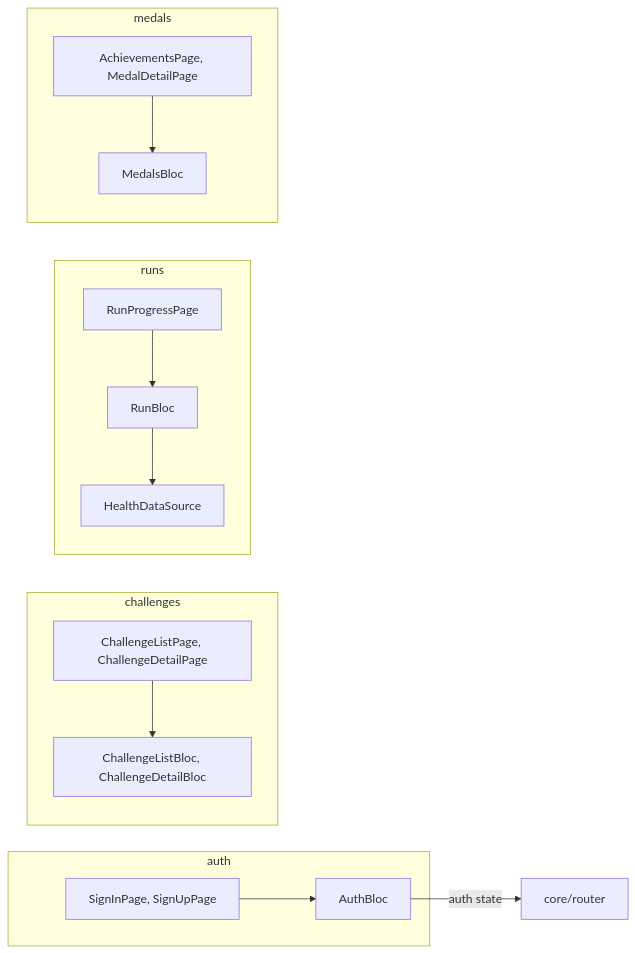
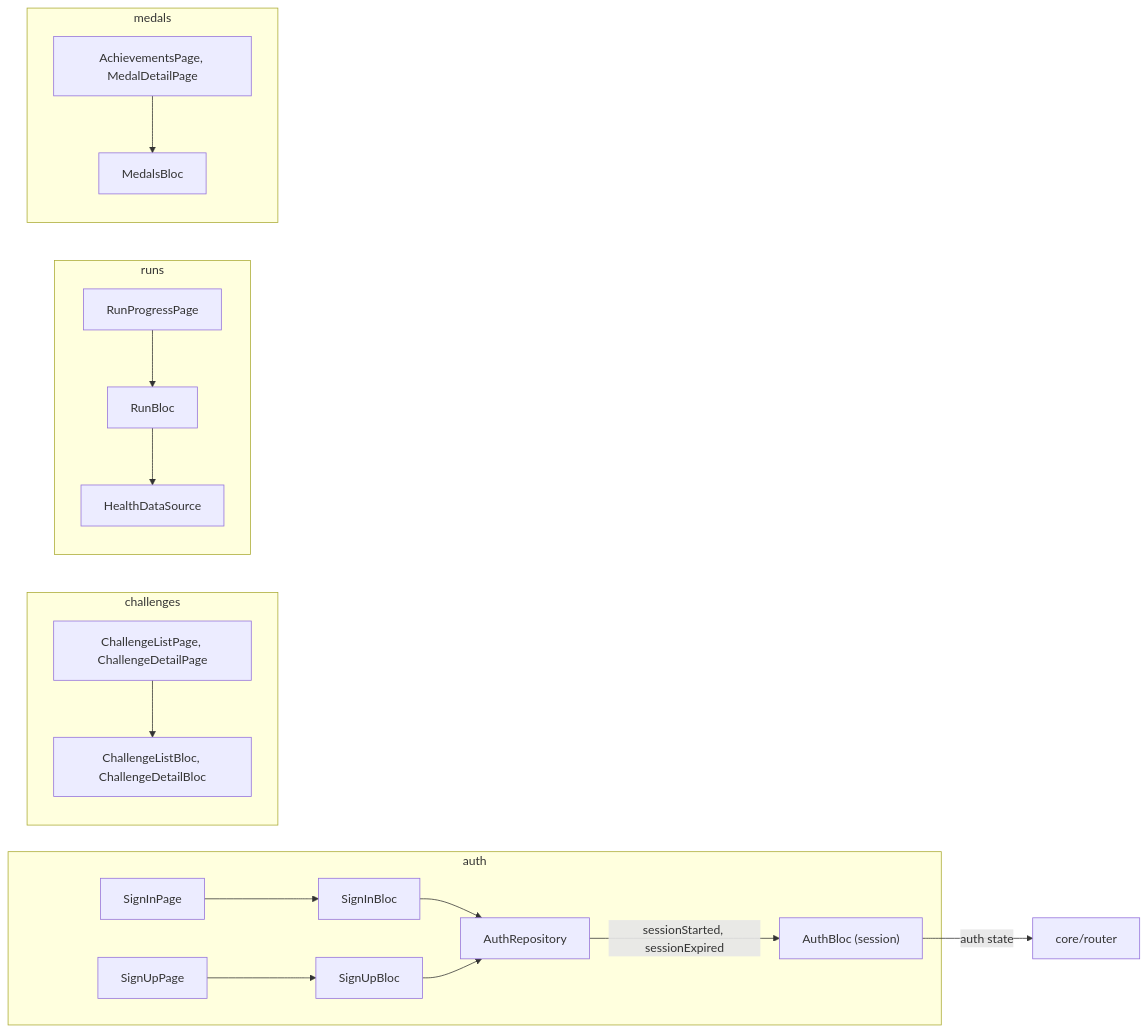
One commit to huynguyennang-agilityio/claude-code-training changed the third of 9 diagrams in docs/architecture.md. Above: the diagram before and after it, drawn with Mermaid. The commit also changed other lines of this file and 33 other files, not shown here.

Commit message:
refactor: split the auth bloc into session, sign-in and sign-up blocs (Refs #57)

````diff
--- a/docs/architecture.md
+++ b/docs/architecture.md
@@ -92,17 +92,21 @@
 ```mermaid
 flowchart LR
     subgraph AUTH["auth"]
-        A1["SignInPage, SignUpPage"] --> A2["AuthBloc"]
+        A1["SignInPage"] --> A3["SignInBloc"]
+        A4["SignUpPage"] --> A5["SignUpBloc"]
+        A3 --> A6["AuthRepository"]
+        A5 --> A6
+        A6 -->|"sessionStarted, sessionExpired"| A2["AuthBloc (session)"]
     end
     subgraph CHAL["challenges"]
         C1["ChallengeListPage, ChallengeDetailPage"] --> C2["ChallengeListBloc, ChallengeDetailBloc"]
     end
     subgraph RUNS["runs"]
         R1["RunProgressPage"] --> R2["RunBloc"]
         R2 --> R3["HealthDataSource"]
     end
     subgraph MEDALS["medals"]
         M1["AchievementsPage, MedalDetailPage"] --> M2["MedalsBloc"]
     end
     A2 -->|"auth state"| ROUTER["core/router"]
 ```
````
